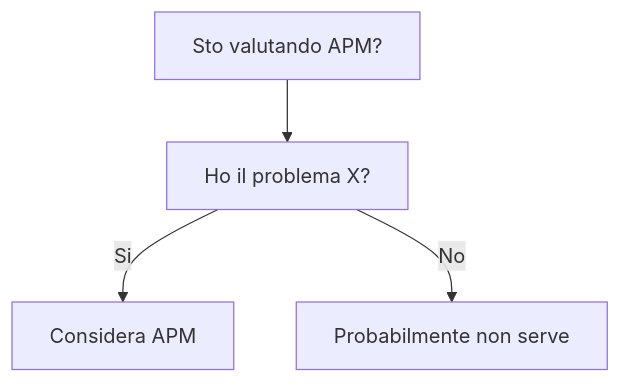
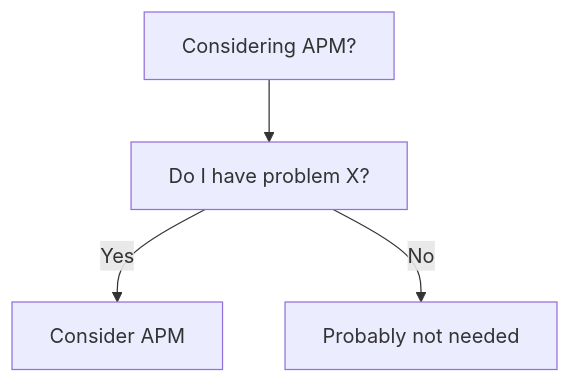
One commit to HxT9/Software-Dev-Wiki changed the diagram in dev-wiki/12_Observability/APM/When_To_Use.md. Above: the diagram before and after it, drawn with Mermaid. The commit also changed other lines of this file and 3444 other files, not shown here.

````diff
--- a/dev-wiki/12_Observability/APM/When_To_Use.md
+++ b/dev-wiki/12_Observability/APM/When_To_Use.md
@@ -19,6 +19,6 @@
 ```mermaid
 flowchart TD
-  Q[Sto valutando APM?] --> Q1[Ho il problema X?]
-  Q1 -->|Si| OK[Considera APM]
-  Q1 -->|No| NO[Probabilmente non serve]
+  Q[Considering APM?] --> Q1[Do I have problem X?]
+  Q1 -->|Yes| OK[Consider APM]
+  Q1 -->|No| NO[Probably not needed]
 ```
````
